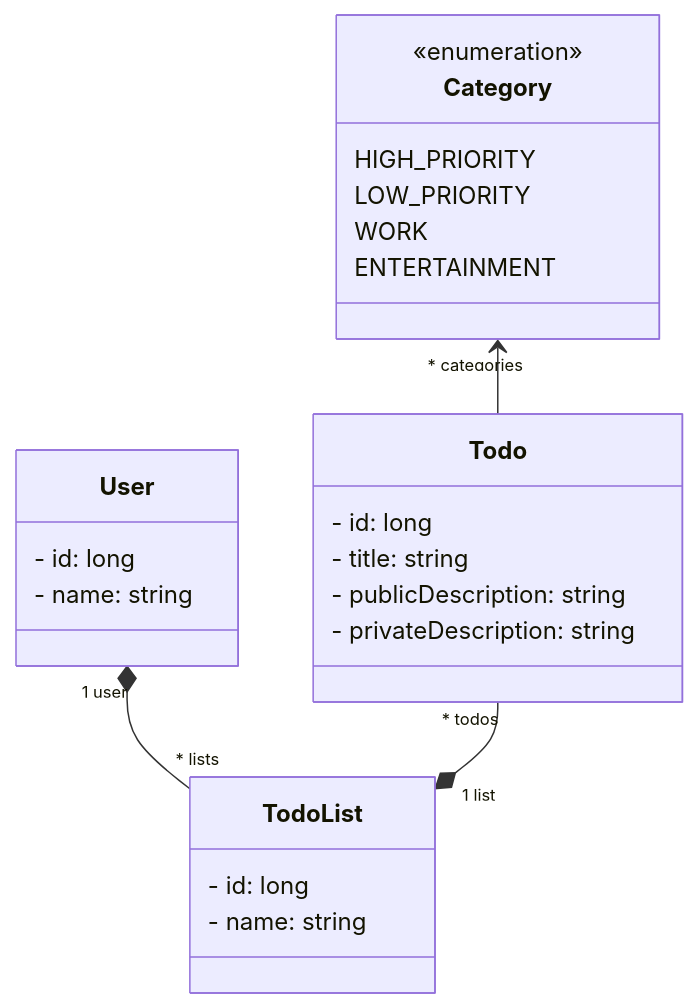
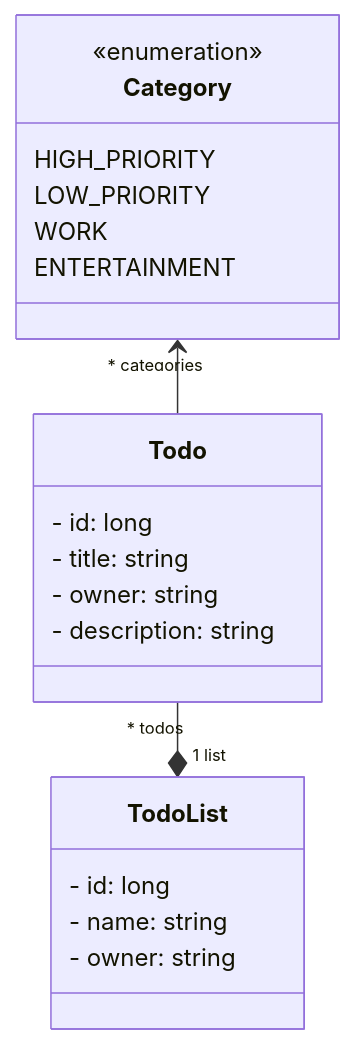
One commit to arnobl/WebEngineering-INSA changed the diagram in tp-spring/README.md. Above: the diagram before and after it, drawn with Mermaid. The commit also changed other lines of this file and 4 other files, not shown here.

````diff
--- a/tp-spring/README.md
+++ b/tp-spring/README.md
@@ -30,28 +30,24 @@
 ```mermaid
 classDiagram
-    class User {
-        - id: long
-        - name: string
-    }
     class TodoList {
         - id: long
         - name: string
+        - owner: string
     }
     class Todo {
         - id: long
         - title: string
-        - publicDescription: string
-        - privateDescription: string
+        - owner: string
+        - description: string
     }
     class Category {
         <<enumeration>>
 
         HIGH_PRIORITY
         LOW_PRIORITY
         WORK
         ENTERTAINMENT
     }
-    User "1 user" *-- "* lists" TodoList
     Todo "* todos" --* "1 list" TodoList
     Category "* categories" <-- Todo
 ```
````
